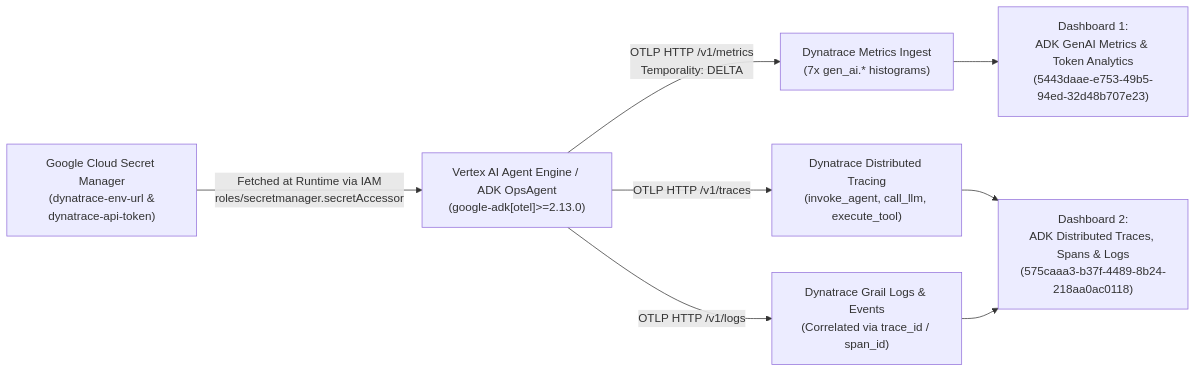
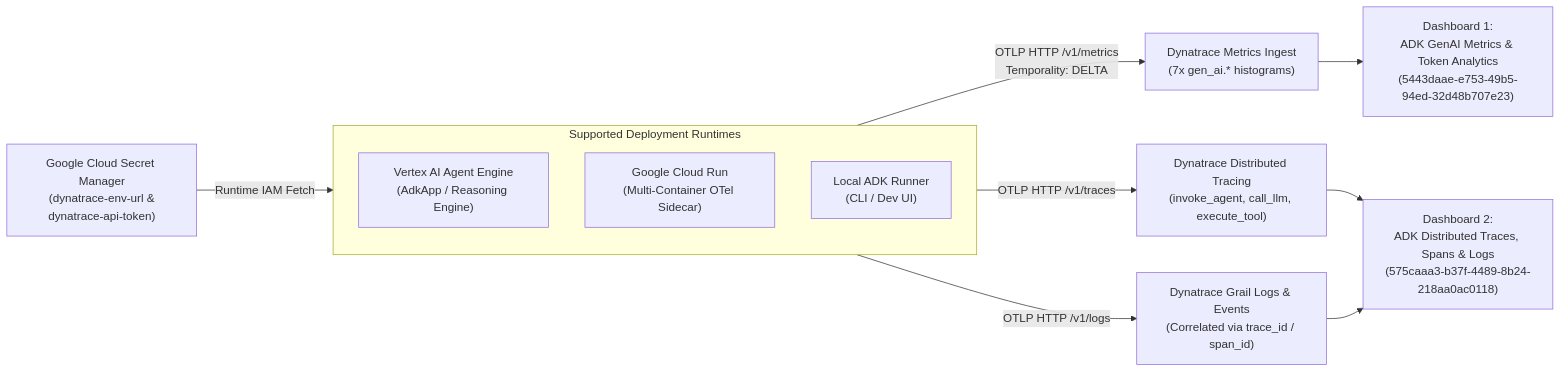
The diagram in deploy/dynatrace/README.md (naveen-engg/google-adk-local-observability), drawn with Mermaid before and after one commit. The commit also changed other lines of this file and 11 other files, not shown here.

Commit message:
feat(cloud-run): deploy ADK agent with OTel Collector sidecar exporting to Dynatrace and update documentation with snapshots

````diff
--- a/deploy/dynatrace/README.md
+++ b/deploy/dynatrace/README.md
@@ -9,12 +9,18 @@
 ```mermaid
 flowchart LR
-    SM["Google Cloud Secret Manager\n(dynatrace-env-url &\ndynatrace-api-token)"] -->|Fetched at Runtime via IAM\nroles/secretmanager.secretAccessor| Agent["Vertex AI Agent Engine / ADK OpsAgent\n(google-adk[otel]>=2.13.0)"]
+    SM["Google Cloud Secret Manager\n(dynatrace-env-url &\ndynatrace-api-token)"] -->|Runtime IAM Fetch| Deployments
+
+    subgraph Deployments["Supported Deployment Runtimes"]
+        D1["Vertex AI Agent Engine\n(AdkApp / Reasoning Engine)"]
+        D2["Google Cloud Run\n(Multi-Container OTel Sidecar)"]
+        D3["Local ADK Runner\n(CLI / Dev UI)"]
+    end
     
-    Agent -->|OTLP HTTP /v1/metrics\nTemporality: DELTA| DTM["Dynatrace Metrics Ingest\n(7x gen_ai.* histograms)"]
-    Agent -->|OTLP HTTP /v1/traces| DTT["Dynatrace Distributed Tracing\n(invoke_agent, call_llm, execute_tool)"]
-    Agent -->|OTLP HTTP /v1/logs| DTL["Dynatrace Grail Logs & Events\n(Correlated via trace_id / span_id)"]
+    Deployments -->|OTLP HTTP /v1/metrics\nTemporality: DELTA| DTM["Dynatrace Metrics Ingest\n(7x gen_ai.* histograms)"]
+    Deployments -->|OTLP HTTP /v1/traces| DTT["Dynatrace Distributed Tracing\n(invoke_agent, call_llm, execute_tool)"]
+    Deployments -->|OTLP HTTP /v1/logs| DTL["Dynatrace Grail Logs & Events\n(Correlated via trace_id / span_id)"]
 
     DTM --> Dash1["Dashboard 1:\nADK GenAI Metrics & Token Analytics\n(5443daae-e753-49b5-94ed-32d48b707e23)"]
     DTT --> Dash2["Dashboard 2:\nADK Distributed Traces, Spans & Logs\n(575caaa3-b37f-4489-8b24-218aa0ac0118)"]
     DTL --> Dash2
 ```
````
